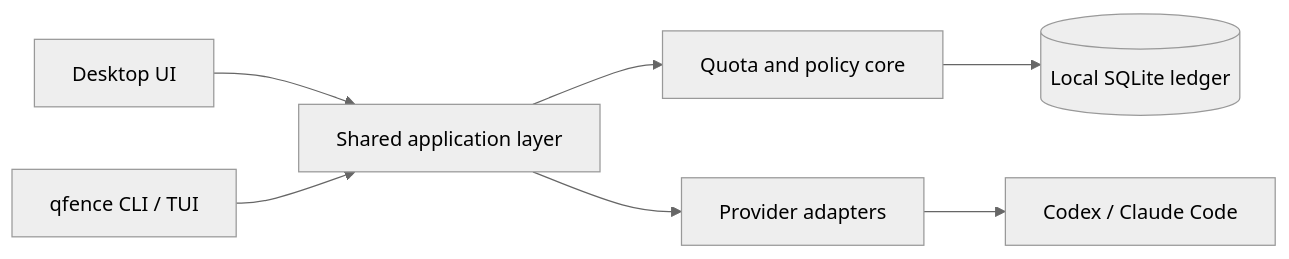
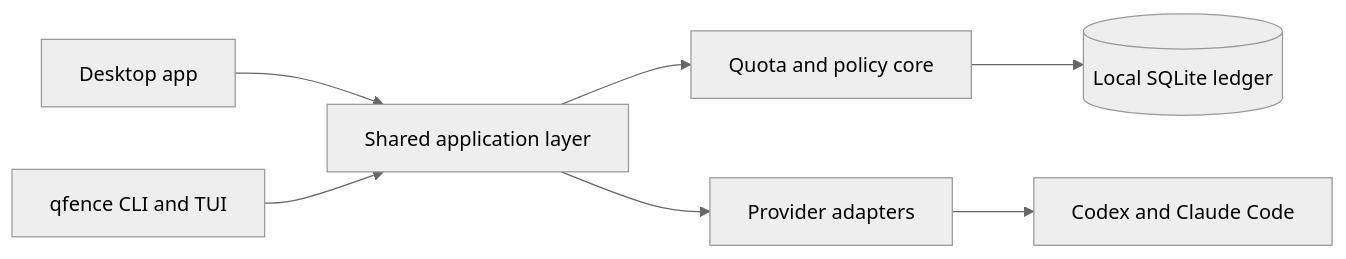
One commit to quotafence/quotafence changed the diagram in README.md. Above: the diagram before and after it, drawn with Mermaid (neutral theme). The commit also changed other lines of this file and 6 other files, not shown here.

````diff
--- a/README.md
+++ b/README.md
@@ -254,9 +233,9 @@
 ```mermaid
 flowchart LR
-  UI[Desktop UI] --> APP[Shared application layer]
-  CLI[qfence CLI / TUI] --> APP
+  UI[Desktop app] --> APP[Shared application layer]
+  CLI[qfence CLI and TUI] --> APP
   APP --> CORE[Quota and policy core]
   CORE --> STORE[(Local SQLite ledger)]
   APP --> ADAPTER[Provider adapters]
-  ADAPTER --> AGENTS[Codex / Claude Code]
+  ADAPTER --> AGENTS[Codex and Claude Code]
 ```
````
